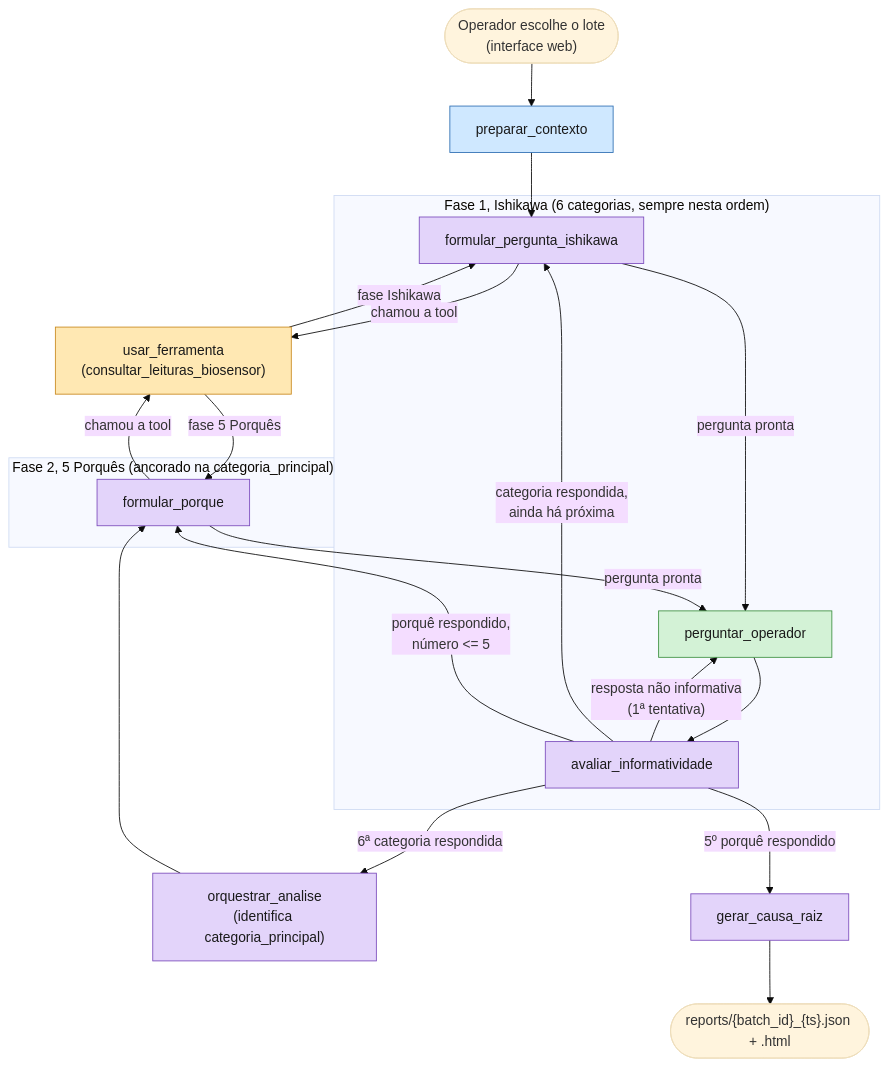
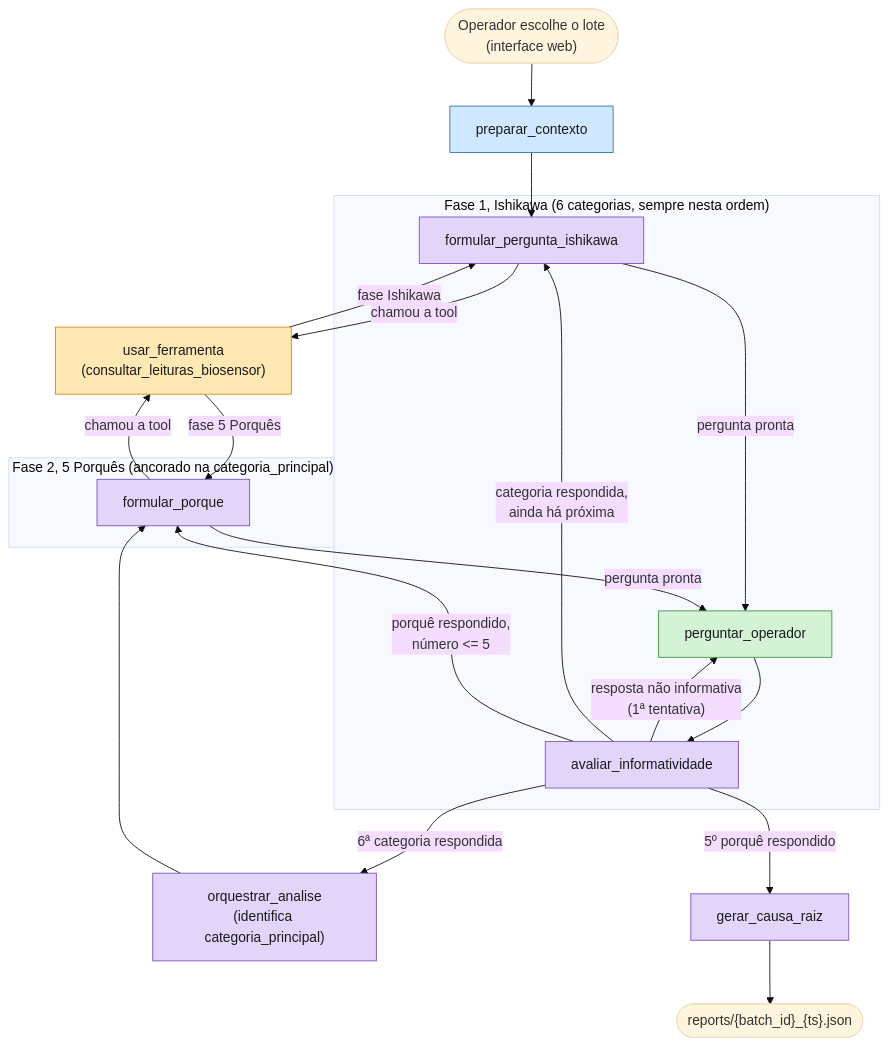
Before and after one commit to micheleoliveiracod/Root-Spector: the first of 2 diagrams in docs/diagrama-fluxo.md, drawn with Mermaid (base theme). The commit also changed other lines of this file and 27 other files, not shown here.

````diff
--- a/docs/diagrama-fluxo.md
+++ b/docs/diagrama-fluxo.md
@@ -14,47 +14,47 @@
 ```mermaid
 flowchart TD
     Inicio(["Operador escolhe o lote\n(interface web)"]) --> PC
 
     PC["preparar_contexto"] --> FPI
 
     subgraph Fase1["Fase 1, Ishikawa (6 categorias, sempre nesta ordem)"]
         FPI["formular_pergunta_ishikawa"]
         PO["perguntar_operador"]
         AI["avaliar_informatividade"]
     end
 
     subgraph Fase2["Fase 2, 5 Porquês (ancorado na categoria_principal)"]
         FP["formular_porque"]
     end
 
     UF["usar_ferramenta\n(consultar_leituras_biosensor)"]
 
     FPI -- "chamou a tool" --> UF
     FPI -- "pergunta pronta" --> PO
     FP -- "chamou a tool" --> UF
     FP -- "pergunta pronta" --> PO
     UF -- "fase Ishikawa" --> FPI
     UF -- "fase 5 Porquês" --> FP
 
     PO --> AI
 
     AI -- "resposta não informativa\n(1ª tentativa)" --> PO
     AI -- "categoria respondida,\nainda há próxima" --> FPI
     AI -- "6ª categoria respondida" --> OA
     AI -- "porquê respondido,\nnúmero <= 5" --> FP
     AI -- "5º porquê respondido" --> GCR
 
     OA["orquestrar_analise\n(identifica categoria_principal)"] --> FP
 
-    GCR["gerar_causa_raiz"] --> Fim(["reports/{batch_id}_{ts}.json + .html"])
+    GCR["gerar_causa_raiz"] --> Fim(["reports/{batch_id}_{ts}.json"])
 
     classDef workflow fill:#cfe8ff,stroke:#2f6fb3,color:#1a1a1a
     classDef agentic fill:#e3d4fa,stroke:#7c4dbd,color:#1a1a1a
     classDef tool fill:#ffe8b3,stroke:#c98a1f,color:#1a1a1a
     classDef human fill:#d3f2d6,stroke:#3f9142,color:#1a1a1a
 
     class PC workflow
     class FPI,AI,OA,FP,GCR agentic
     class UF tool
     class PO human
 ```
````
